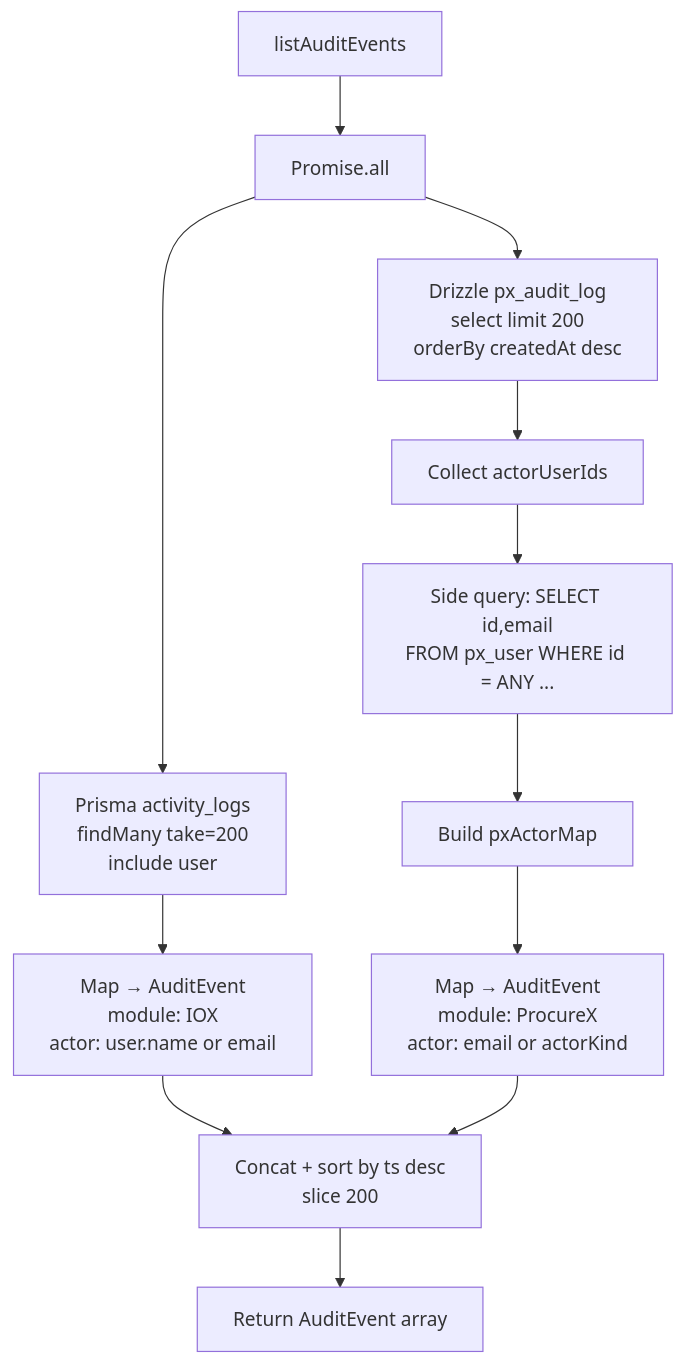
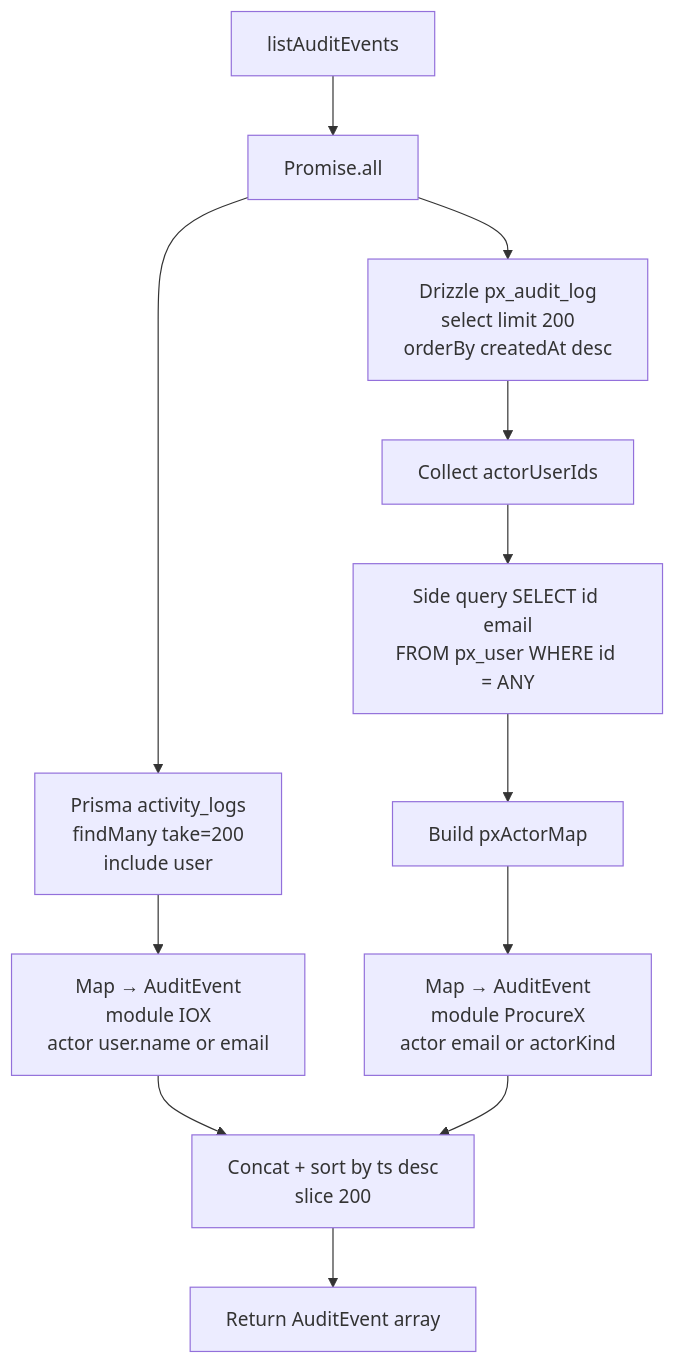
One commit to tajalagawani/BOQs-master changed the second of 2 diagrams in docs/modules/procurex/identity-rbac-audit.md. Above: the diagram before and after it, drawn with Mermaid. The commit also changed other lines of this file and 8 other files, not shown here.

First line of the commit message:
fix(docs): mermaid 11 syntax across 18 diagrams in 9 module docs

````diff
--- a/docs/modules/procurex/identity-rbac-audit.md
+++ b/docs/modules/procurex/identity-rbac-audit.md
@@ -147,14 +147,14 @@
 ```mermaid
 flowchart TD
-    A[listAuditEvents] --> B[Promise.all]
-    B --> C[Prisma activity_logs<br/>findMany take=200<br/>include user]
-    B --> D[Drizzle px_audit_log<br/>select limit 200<br/>orderBy createdAt desc]
-    C --> E[Map → AuditEvent<br/>module: IOX<br/>actor: user.name or email]
+    A[listAuditEvents] --> B["Promise.all"]
+    B --> C["Prisma activity_logs<br/>findMany take=200<br/>include user"]
+    B --> D["Drizzle px_audit_log<br/>select limit 200<br/>orderBy createdAt desc"]
+    C --> E["Map → AuditEvent<br/>module IOX<br/>actor user.name or email"]
     D --> F[Collect actorUserIds]
-    F --> G[Side query: SELECT id,email<br/>FROM px_user WHERE id = ANY ...]
+    F --> G["Side query SELECT id email<br/>FROM px_user WHERE id = ANY"]
     G --> H[Build pxActorMap]
-    H --> I[Map → AuditEvent<br/>module: ProcureX<br/>actor: email or actorKind]
-    E --> J[Concat + sort by ts desc<br/>slice 200]
+    H --> I["Map → AuditEvent<br/>module ProcureX<br/>actor email or actorKind"]
+    E --> J["Concat + sort by ts desc<br/>slice 200"]
     I --> J
     J --> K[Return AuditEvent array]
 ```
````
